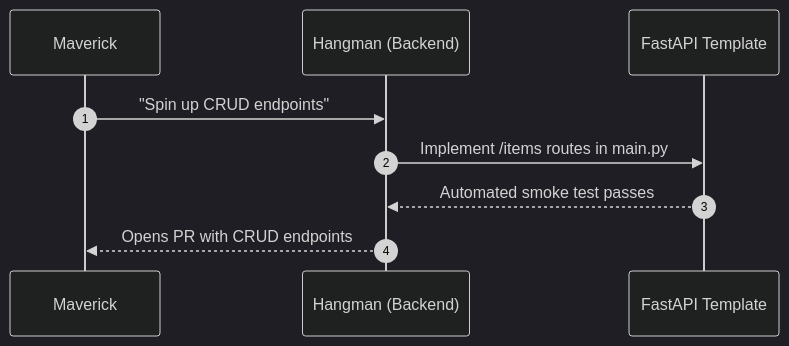
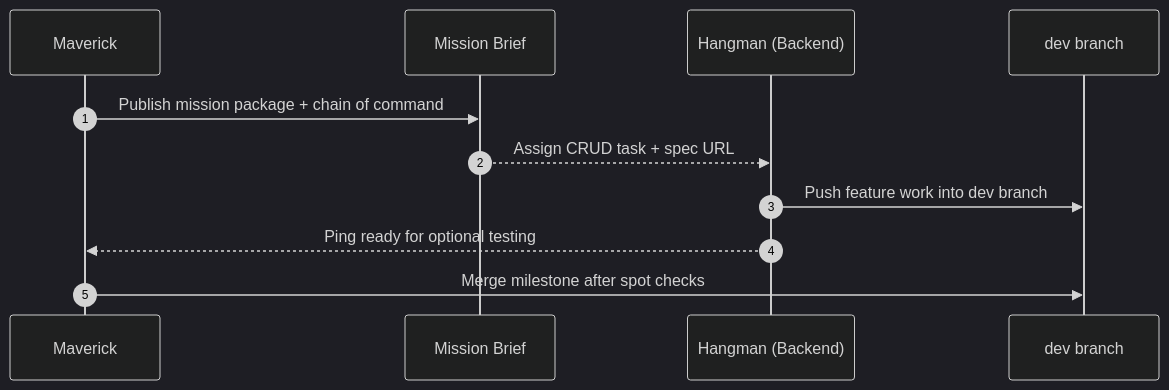
The first of 3 diagrams in docs/examples/template-sequence-diagrams.md (taituo/talktomegoose), drawn with Mermaid (dark theme) before and after one commit. The commit also changed other lines of this file and 3 other files, not shown here.

````diff
--- a/docs/examples/template-sequence-diagrams.md
+++ b/docs/examples/template-sequence-diagrams.md
@@ -7,12 +8,14 @@
 ```mermaid
 sequenceDiagram
   autonumber
   participant Pilot as Maverick
+  participant Brief as Mission Brief
   participant Hangman as Hangman (Backend)
-  participant API as FastAPI Template
+  participant Dev as dev branch
 
-  Pilot->>Hangman: "Spin up CRUD endpoints"
-  Hangman->>API: Implement /items routes in main.py
-  API-->>Hangman: Automated smoke test passes
-  Hangman-->>Pilot: Opens PR with CRUD endpoints
+  Pilot->>Brief: Publish mission package + chain of command
+  Brief-->>Hangman: Assign CRUD task + spec URL
+  Hangman->>Dev: Push feature work into dev branch
+  Hangman-->>Pilot: Ping ready for optional testing
+  Pilot->>Dev: Merge milestone after spot checks
 ```
````
